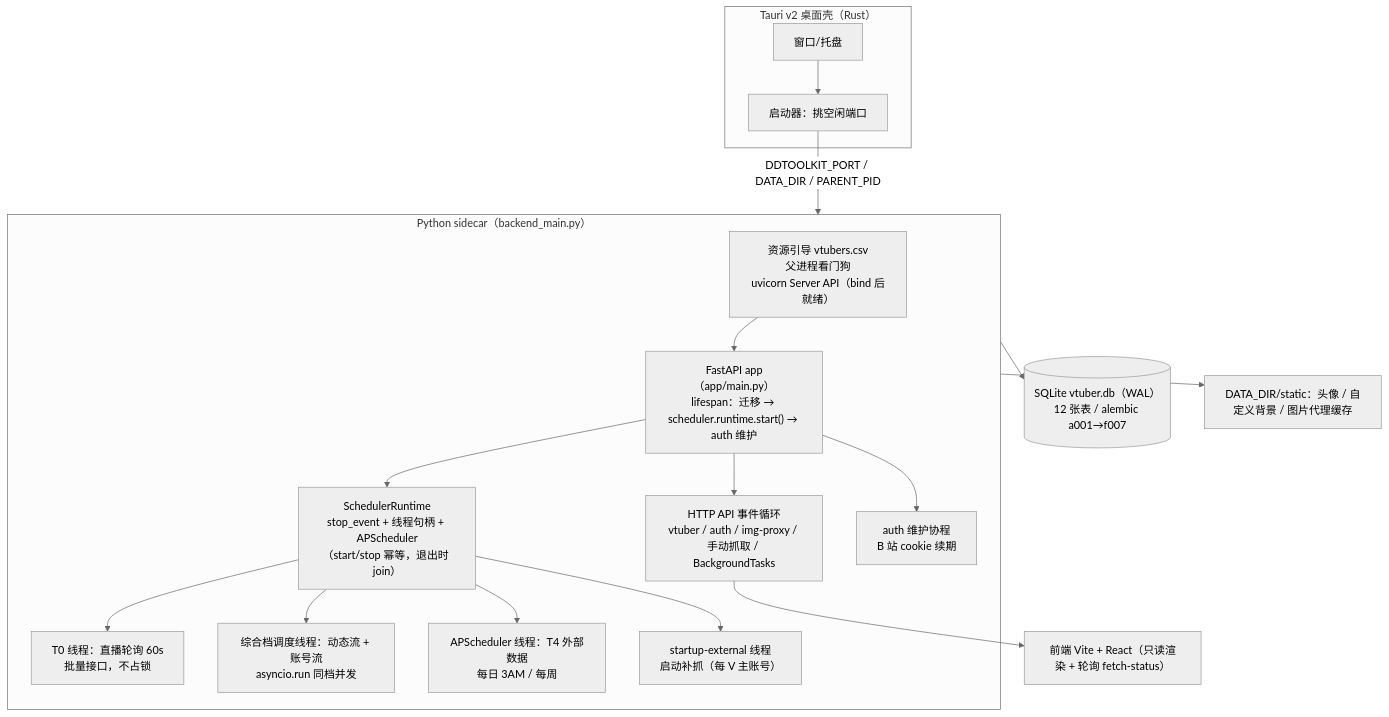
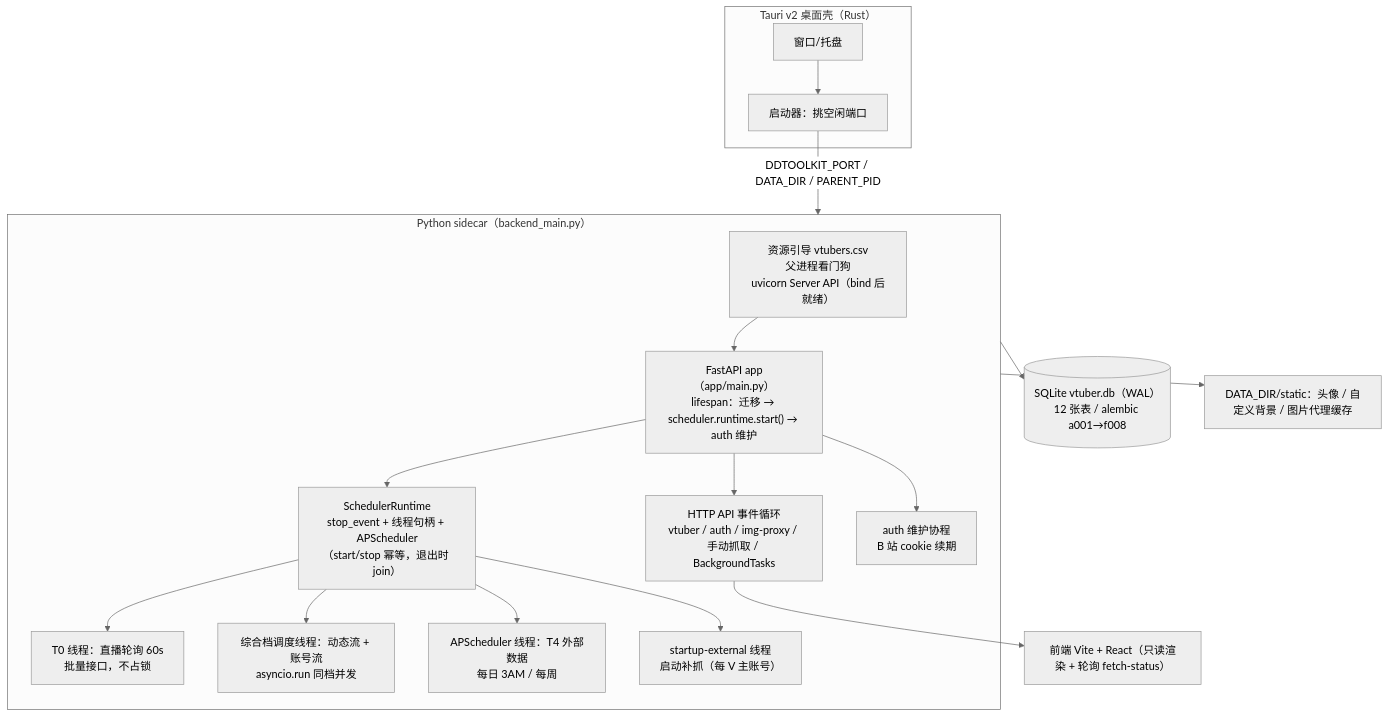
Before and after one commit to Mrslippe/DDToolkit: the first of 8 diagrams in docs/ARCHITECTURE.md, drawn with Mermaid (neutral theme). The commit also changed other lines of this file and 24 other files, not shown here.

````diff
--- a/docs/ARCHITECTURE.md
+++ b/docs/ARCHITECTURE.md
@@ -23,24 +23,24 @@
 ```mermaid
 flowchart TB
   subgraph Shell["Tauri v2 桌面壳（Rust）"]
     W[窗口/托盘] --> L[启动器：挑空闲端口]
   end
   L -->|"DDTOOLKIT_PORT / DATA_DIR / PARENT_PID"| S
 
   subgraph S["Python sidecar（backend_main.py）"]
     BM["资源引导 vtubers.csv<br/>父进程看门狗<br/>uvicorn Server API（bind 后就绪）"]
     BM --> APP["FastAPI app（app/main.py）<br/>lifespan：迁移 → scheduler.runtime.start() → auth 维护"]
     APP --> HTTP["HTTP API 事件循环<br/>vtuber / auth / img-proxy / 手动抓取 / BackgroundTasks"]
     RT["SchedulerRuntime<br/>stop_event + 线程句柄 + APScheduler<br/>（start/stop 幂等，退出时 join）"]
     APP --> RT
     RT --> T0["T0 线程：直播轮询 60s<br/>批量接口，不占锁"]
     RT --> TIER["综合档调度线程：动态流 + 账号流<br/>asyncio.run 同档并发"]
     RT --> APS["APScheduler 线程：T4 外部数据<br/>每日 3AM / 每周"]
     RT --> EXT["startup-external 线程<br/>启动补抓（每 V 主账号）"]
     APP --> AUTH["auth 维护协程<br/>B 站 cookie 续期"]
   end
 
-  S --> DB[("SQLite vtuber.db（WAL）<br/>12 张表 / alembic a001→f007")]
+S --> DB[("SQLite vtuber.db（WAL）<br/>12 张表 / alembic a001→f008")]
   S --> FS["DATA_DIR/static：头像 / 自定义背景 / 图片代理缓存"]
   HTTP --> UI["前端 Vite + React（只读渲染 + 轮询 fetch-status）"]
 ```
````
